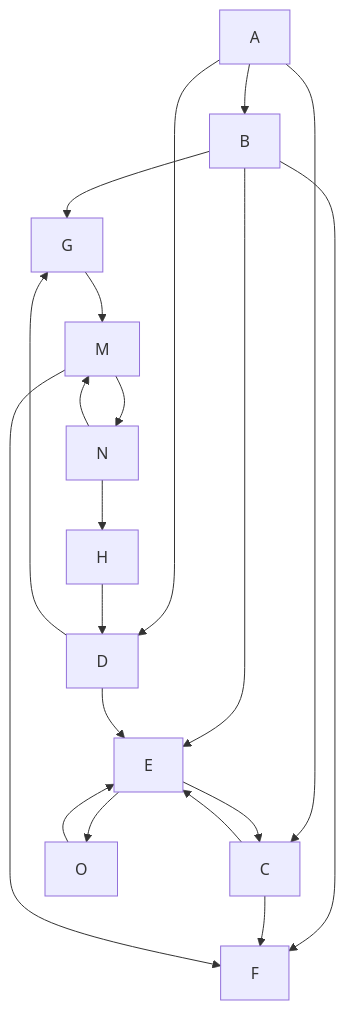
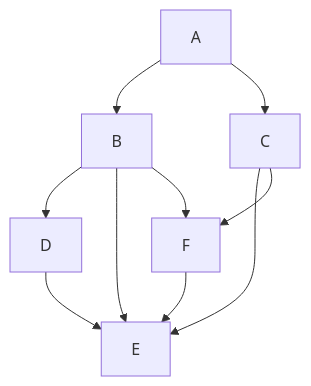
One commit to hoprnet/rfc changed the second of 2 diagrams in rfc0010-network-discovery.md. Above: the diagram before and after it, drawn with Mermaid. The commit also changed other lines of this file, not shown here.

````diff
--- a/rfc0010-network-discovery.md
+++ b/rfc0010-network-discovery.md
@@ -112,31 +159,16 @@
 ```mermaid
 graph TD;
     A --> B;
     A --> C;
-    A --> D;
     
+    B--> D;
     B --> E;
-    B --> G;
     B --> F;
     
     C --> E;
     C --> F;
 
     D --> E;
-    D --> G;
 
-    E --> C;
-    E --> O;
-
-    G --> M;
-    
-    H --> D;
-
-    M --> F;
-    M --> N;
-    
-    N --> M;
-    N --> H;
-    
-    O --> E;
+    F --> E;
 ```
````
